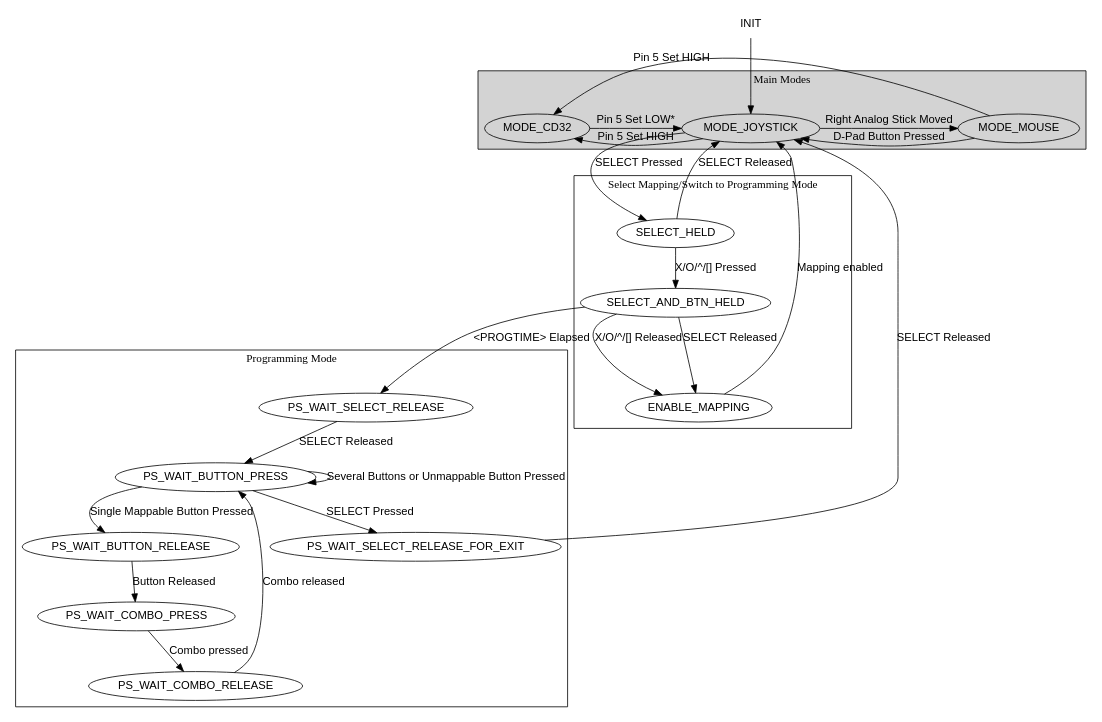
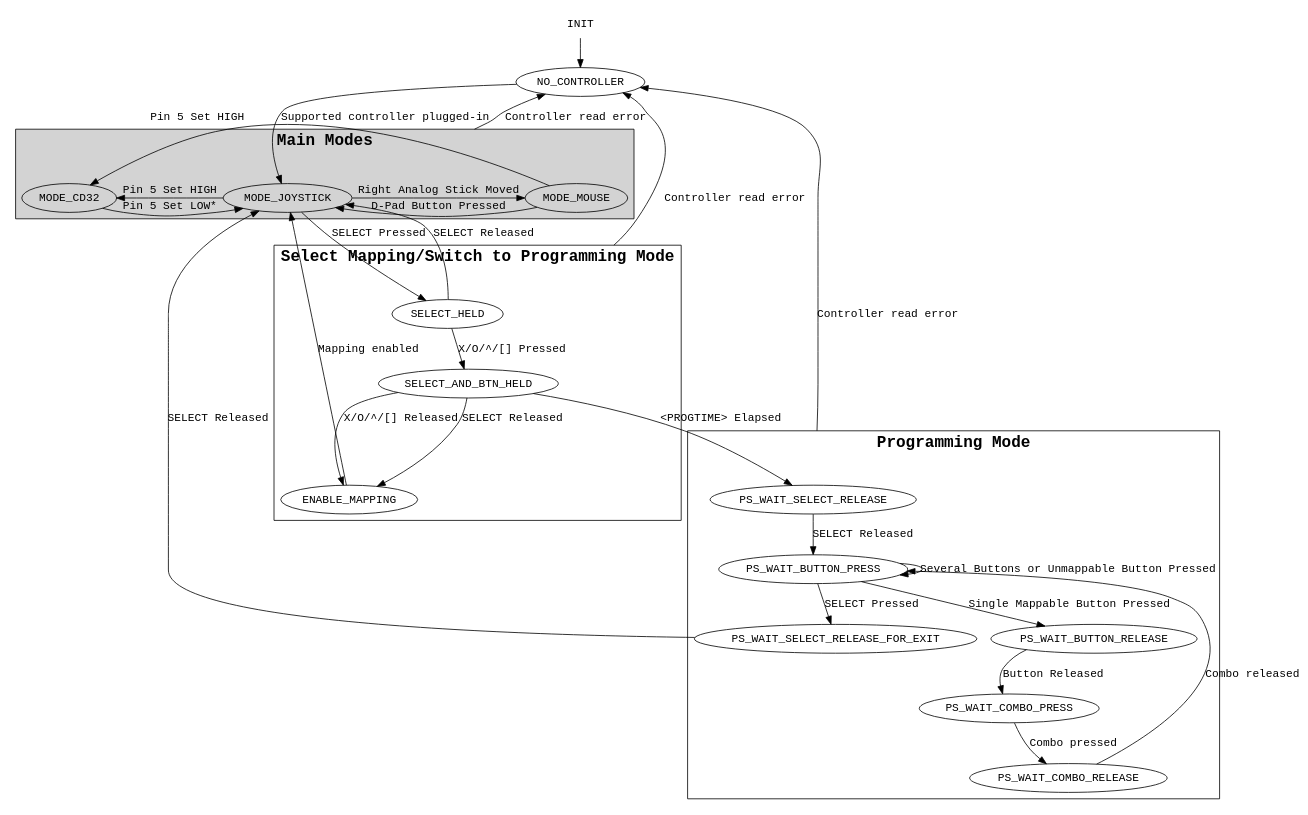
The diagram in firmware/statediagram.gv (SukkoPera/OpenPSX2AmigaPadAdapter), drawn with Graphviz before and after one commit.

Commit message:
Add NO_CONTROLLER state and cosmetic improvements

```diff
--- a/firmware/statediagram.gv
+++ b/firmware/statediagram.gv
@@ -1,81 +1,100 @@
 digraph {
 	#ratio = 0.75;
 
-	newrank=true;
+	compound = true;
+	newrank = true;
 	#splines=line
 	edge [splines = "curved"];
-	node [fontname = "Arial"];
-	edge [fontname = "Arial"];
-	#subgraph [fontname = "Arial"];
+	node [fontname = "Courier"];
+	edge [fontname = "Courier"];
+	#subgraph [fontname = "Courier"];
 	clusterrank = "local";
 	
 	# Initialization
 	{
 		node [shape = "plaintext"];
 
 		INIT;
 	}
+	
+	NO_CONTROLLER;
 
-	INIT -> MODE_JOYSTICK;
+	INIT -> NO_CONTROLLER;
+	NO_CONTROLLER -> MODE_JOYSTICK [label = "Supported controller plugged-in"]
 
 	# Main Mode Transitions
 	subgraph "cluster_main" {
 		label = "Main Modes";
+		fontname = "Courier-bold";
+		fontsize = "20pt";
 		style = "filled";
 
 		{
 			rank="same";
 			node [style = "filled"];
 
 			MODE_MOUSE;
 			MODE_JOYSTICK;
 			MODE_CD32;
 		}
 
 		MODE_JOYSTICK -> MODE_MOUSE [label = "Right Analog Stick Moved"];
 		MODE_MOUSE -> MODE_JOYSTICK [label = "D-Pad Button Pressed"];
 		MODE_JOYSTICK -> MODE_CD32 [label = "Pin 5 Set HIGH"];
 		MODE_MOUSE -> MODE_CD32 [label = "Pin 5 Set HIGH"];
 		MODE_CD32 -> MODE_JOYSTICK [label = "Pin 5 Set LOW*"];
 	}
+
+	# This actually represents a transitions valid for all nodes in the cluster
+	MODE_JOYSTICK -> NO_CONTROLLER [label = "Controller read error", ltail = cluster_main];
 	
 	subgraph "cluster_progswitch" {
 		label = "Select Mapping/Switch to Programming Mode";
-
+		fontname = "Courier-bold";
+		fontsize = "20pt";
+		
 		# States for entering Programming Mode
 		SELECT_HELD;
 		SELECT_AND_BTN_HELD;
 		ENABLE_MAPPING;
 
 		SELECT_HELD -> SELECT_AND_BTN_HELD [label = "X/O/^/[] Pressed"]
 		SELECT_AND_BTN_HELD -> ENABLE_MAPPING [label = "X/O/^/[] Released"]
 		SELECT_AND_BTN_HELD -> ENABLE_MAPPING [label = "SELECT Released"]
 	}
 
 	MODE_JOYSTICK -> SELECT_HELD [label = "SELECT Pressed"]
 	SELECT_HELD -> MODE_JOYSTICK [label = "SELECT Released"]
 	ENABLE_MAPPING -> MODE_JOYSTICK [label = "Mapping enabled"]
 	SELECT_AND_BTN_HELD -> PS_WAIT_SELECT_RELEASE [label = "<PROGTIME> Elapsed"]
 
+	# Again, valid for all nodes in the cluster
+	SELECT_HELD -> NO_CONTROLLER [label = "Controller read error", ltail = cluster_progswitch];
+
 	subgraph "cluster_progmode" {
 		label = "Programming Mode";
-
+		fontname = "Courier-bold";
+		fontsize = "20pt";
+		
 		# Programming Mode States
 		PS_WAIT_SELECT_RELEASE;
 		PS_WAIT_BUTTON_PRESS;
 		PS_WAIT_BUTTON_RELEASE;
 		PS_WAIT_COMBO_PRESS;
 		PS_WAIT_COMBO_RELEASE;
 		PS_WAIT_SELECT_RELEASE_FOR_EXIT;
 
 		PS_WAIT_SELECT_RELEASE -> PS_WAIT_BUTTON_PRESS [label = "SELECT Released"]
 		PS_WAIT_BUTTON_PRESS -> PS_WAIT_SELECT_RELEASE_FOR_EXIT [label = "SELECT Pressed"]
 		PS_WAIT_BUTTON_PRESS -> PS_WAIT_BUTTON_RELEASE [label = "Single Mappable Button Pressed"]
 		PS_WAIT_BUTTON_PRESS -> PS_WAIT_BUTTON_PRESS [label = "Several Buttons or Unmappable Button Pressed"]
 		PS_WAIT_BUTTON_RELEASE -> PS_WAIT_COMBO_PRESS [label = "Button Released"]
 		PS_WAIT_COMBO_PRESS -> PS_WAIT_COMBO_RELEASE [label = "Combo pressed"]
 		PS_WAIT_COMBO_RELEASE -> PS_WAIT_BUTTON_PRESS [label = "Combo released"]
 	}
 
 	PS_WAIT_SELECT_RELEASE_FOR_EXIT -> MODE_JOYSTICK [label = "SELECT Released"]
+
+	# Guess what??? Valid for all nodes in the cluster
+	PS_WAIT_SELECT_RELEASE -> NO_CONTROLLER [label = "Controller read error", ltail = cluster_progmode];
 }
```
